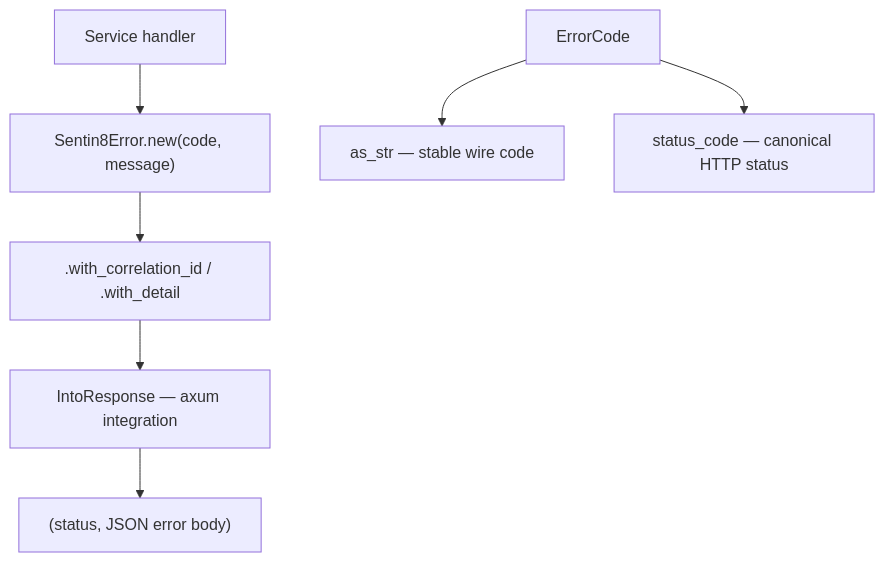
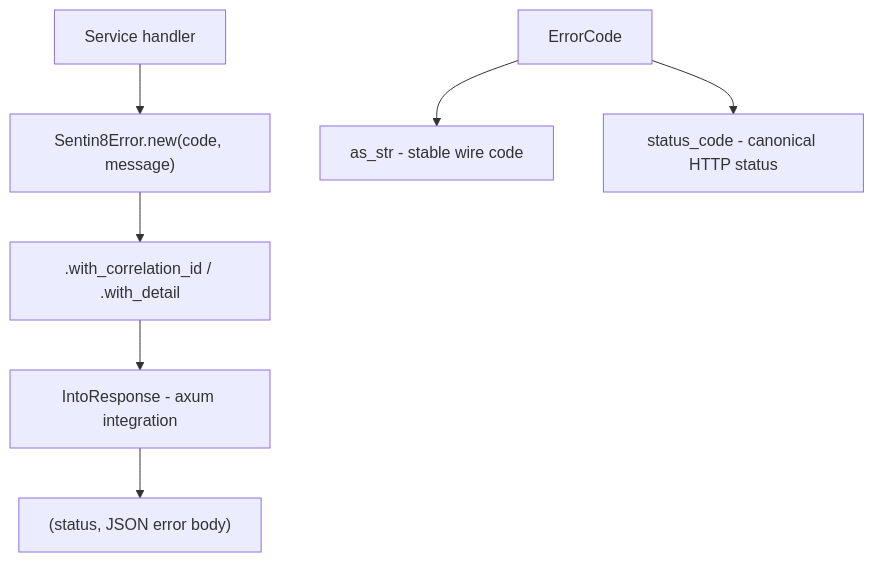
One commit to Sentin8/sentin8-sdk changed the diagram in core/errors/README.md. Above: the diagram before and after it, drawn with Mermaid. The commit also changed other lines of this file and 107 other files, not shown here.

````diff
--- a/core/errors/README.md
+++ b/core/errors/README.md
@@ -25,10 +25,10 @@
 ```mermaid
 graph TD
     A["Service handler"]
     A --> B["Sentin8Error.new(code, message)"]
     B --> C[.with_correlation_id / .with_detail]
-    C --> D[IntoResponse — axum integration]
+    C --> D[IntoResponse - axum integration]
     D --> E["(status, JSON error body)"]
-    F[ErrorCode] --> G[as_str — stable wire code]
-    F --> H[status_code — canonical HTTP status]
+    F[ErrorCode] --> G[as_str - stable wire code]
+    F --> H[status_code - canonical HTTP status]
 ```
````
